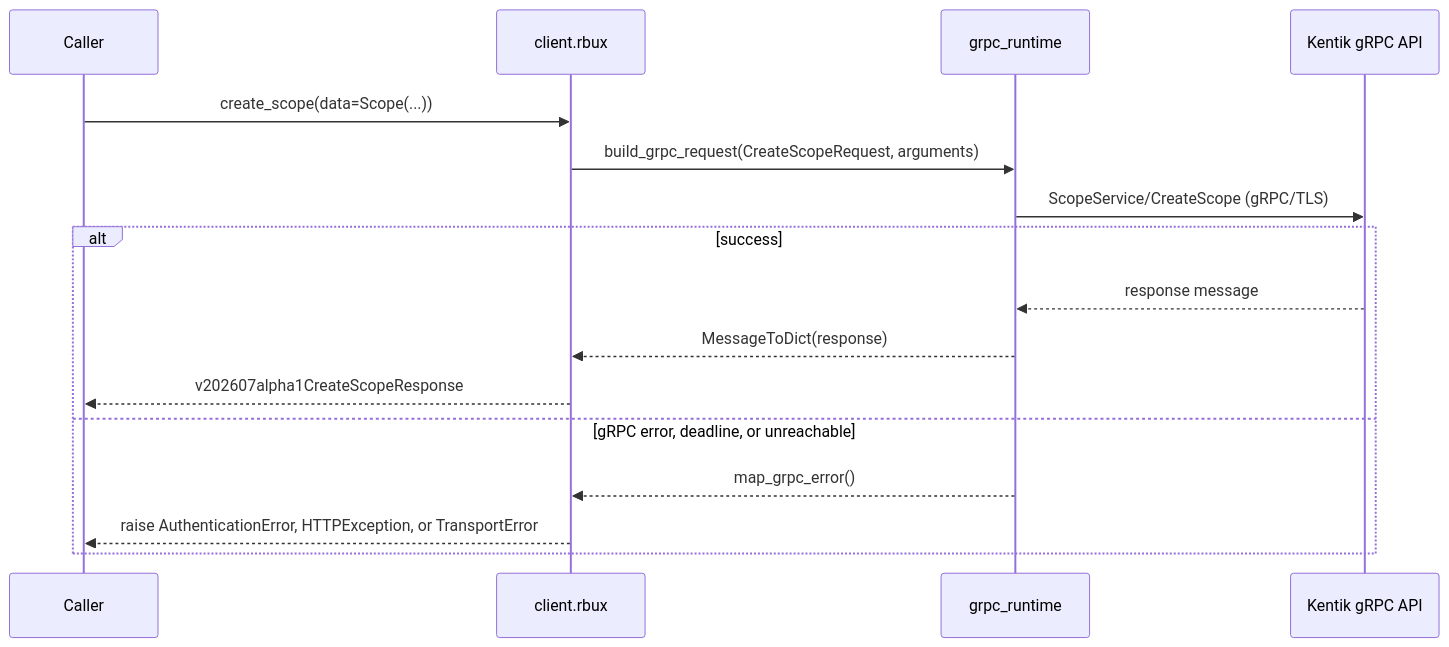
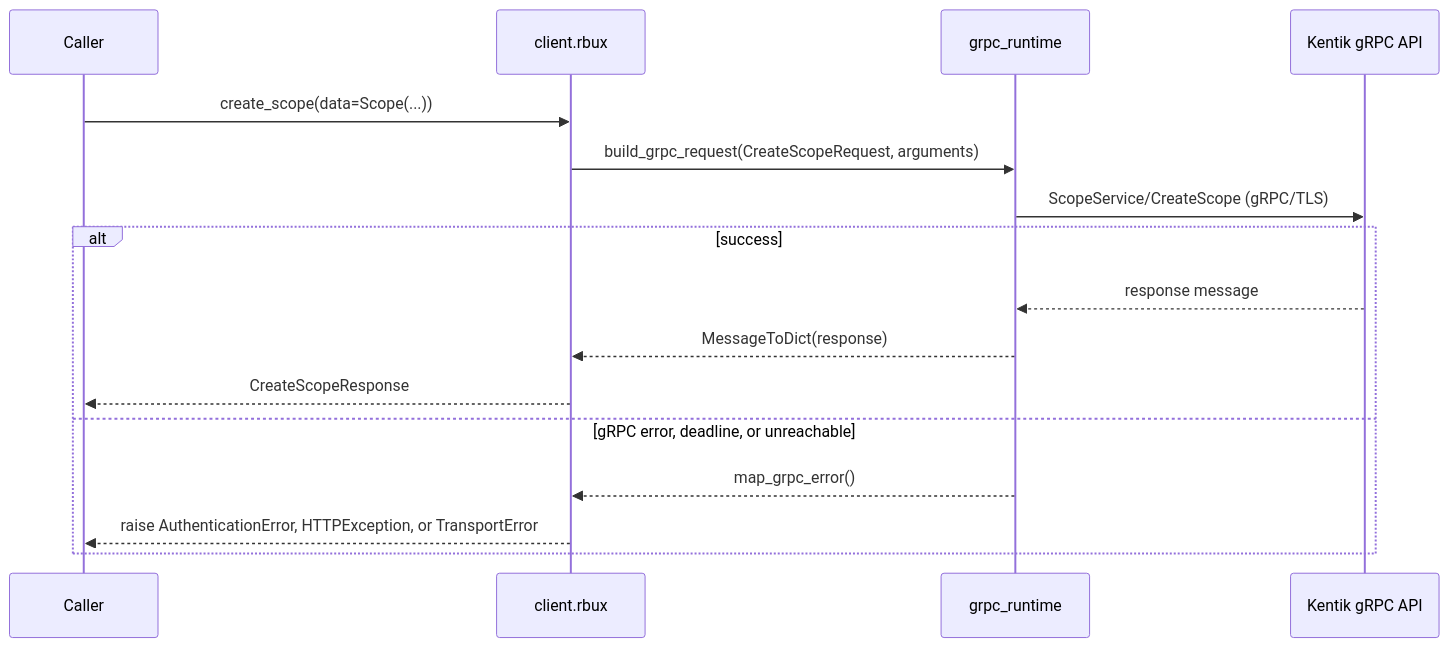
Before and after one commit to alexdearaujo/community_sdk_python: the fifth of 12 diagrams in docs/sphinx/services/rbux.md, drawn with Mermaid. The commit also changed other lines of this file and 38 other files, not shown here.

````diff
--- a/docs/sphinx/services/rbux.md
+++ b/docs/sphinx/services/rbux.md
@@ -127,19 +127,19 @@
 ```mermaid
 sequenceDiagram
     participant C as Caller
     participant W as client.rbux
     participant R as grpc_runtime
     participant API as Kentik gRPC API
 
     C->>W: create_scope(data=Scope(...))
     W->>R: build_grpc_request(CreateScopeRequest, arguments)
     R->>API: ScopeService/CreateScope (gRPC/TLS)
     alt success
         API-->>R: response message
         R-->>W: MessageToDict(response)
-        W-->>C: v202607alpha1CreateScopeResponse
+        W-->>C: CreateScopeResponse
     else gRPC error, deadline, or unreachable
         R-->>W: map_grpc_error()
         W-->>C: raise AuthenticationError, HTTPException, or TransportError
     end
 ```
````
